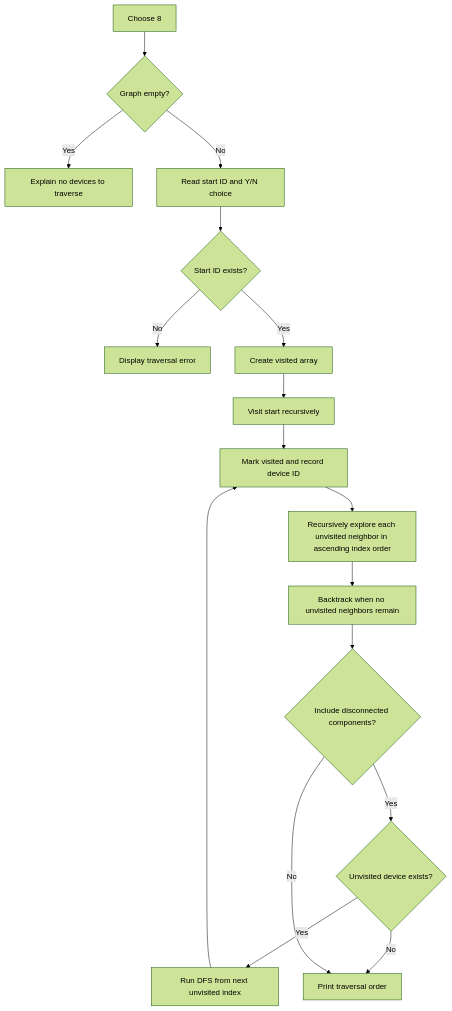
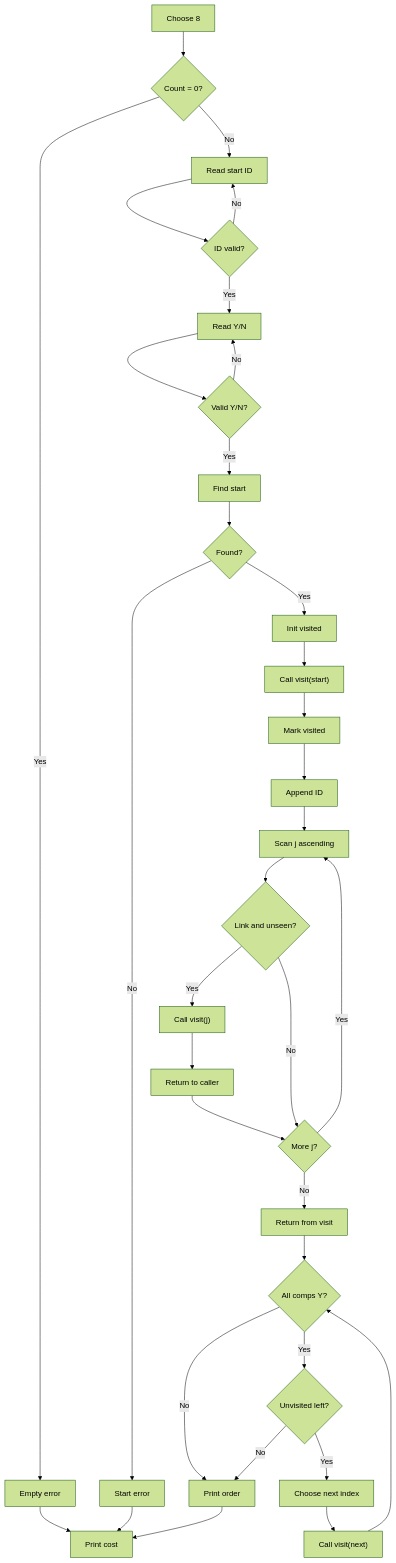
The ninth of 11 diagrams in docs/WORKFLOWS.md (Kanechiii/nodex), drawn with Mermaid (forest theme) before and after one commit. The commit also changed other lines of this file and 5 other files, not shown here.

````diff
--- a/docs/WORKFLOWS.md
+++ b/docs/WORKFLOWS.md
@@ -205,19 +250,36 @@
 ```mermaid
 flowchart TD
-    A["Choose 8"] --> B{"Graph empty?"}
-    B -->|"Yes"| X["Explain no devices to traverse"]
-    B -->|"No"| C["Read start ID and Y/N choice"]
-    C --> D{"Start ID exists?"}
-    D -->|"No"| Y["Display traversal error"]
-    D -->|"Yes"| E["Create visited array"]
-    E --> F["Visit start recursively"]
-    F --> G["Mark visited and record device ID"]
-    G --> H["Recursively explore each unvisited neighbor in ascending index order"]
-    H --> I["Backtrack when no unvisited neighbors remain"]
-    I --> J{"Include disconnected components?"}
-    J -->|"Yes"| K{"Unvisited device exists?"}
-    K -->|"Yes"| L["Run DFS from next unvisited index"]
-    L --> G
-    K -->|"No"| M["Print traversal order"]
-    J -->|"No"| M
+    A["Choose 8"] --> B{"Count = 0?"}
+    B -->|"Yes"| X["Empty error"]
+    B -->|"No"| C["Read start ID"]
+    C --> D{"ID valid?"}
+    D -->|"No"| C
+    D -->|"Yes"| E["Read Y/N"]
+    E --> F{"Valid Y/N?"}
+    F -->|"No"| E
+    F -->|"Yes"| G["Find start"]
+    G --> H{"Found?"}
+    H -->|"No"| Y["Start error"]
+    H -->|"Yes"| I["Init visited"]
+    I --> J["Call visit(start)"]
+    J --> K["Mark visited"]
+    K --> L["Append ID"]
+    L --> M["Scan j ascending"]
+    M --> N{"Link and unseen?"}
+    N -->|"Yes"| O["Call visit(j)"]
+    O --> P["Return to caller"]
+    P --> Q{"More j?"}
+    N -->|"No"| Q
+    Q -->|"Yes"| M
+    Q -->|"No"| R["Return from visit"]
+    R --> S{"All comps Y?"}
+    S -->|"No"| AA["Print order"]
+    S -->|"Yes"| T{"Unvisited left?"}
+    T -->|"No"| AA
+    T -->|"Yes"| U["Choose next index"]
+    U --> V["Call visit(next)"]
+    V --> S
+    X --> Z["Print cost"]
+    Y --> Z
+    AA --> Z
 ```
````
